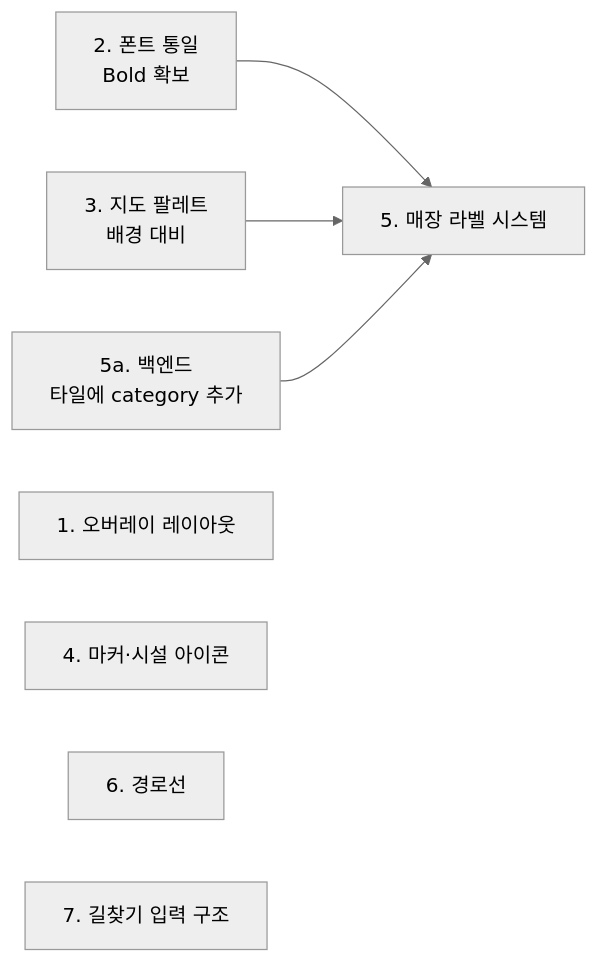
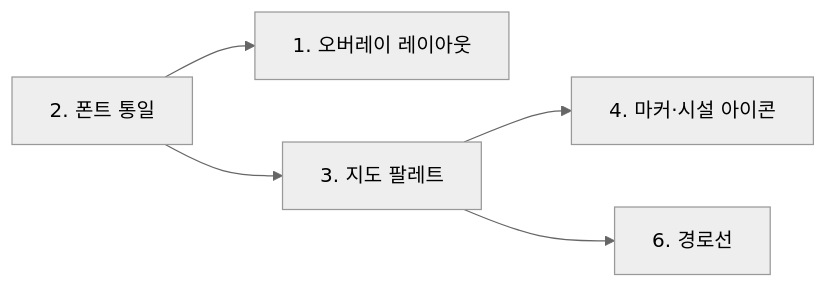
Before and after one commit to Routex-labs/Navigation: the diagram in docs/client/map-ui-redesign-plan.md, drawn with Mermaid (neutral theme). The commit also changed other lines of this file, not shown here.

````diff
--- a/docs/client/map-ui-redesign-plan.md
+++ b/docs/client/map-ui-redesign-plan.md
@@ -30,10 +36,7 @@
 ```mermaid
 graph LR
-    F["2. 폰트 통일<br/>Bold 확보"] --> L["5. 매장 라벨 시스템"]
-    P["3. 지도 팔레트<br/>배경 대비"] --> L
-    BE["5a. 백엔드<br/>타일에 category 추가"] --> L
-    O["1. 오버레이 레이아웃"]
-    M["4. 마커·시설 아이콘"]
-    R["6. 경로선"]
-    D["7. 길찾기 입력 구조"]
+    F["2. 폰트 통일"] --> O["1. 오버레이 레이아웃"]
+    F --> P["3. 지도 팔레트"]
+    P --> M["4. 마커·시설 아이콘"]
+    P --> R["6. 경로선"]
 ```
````
